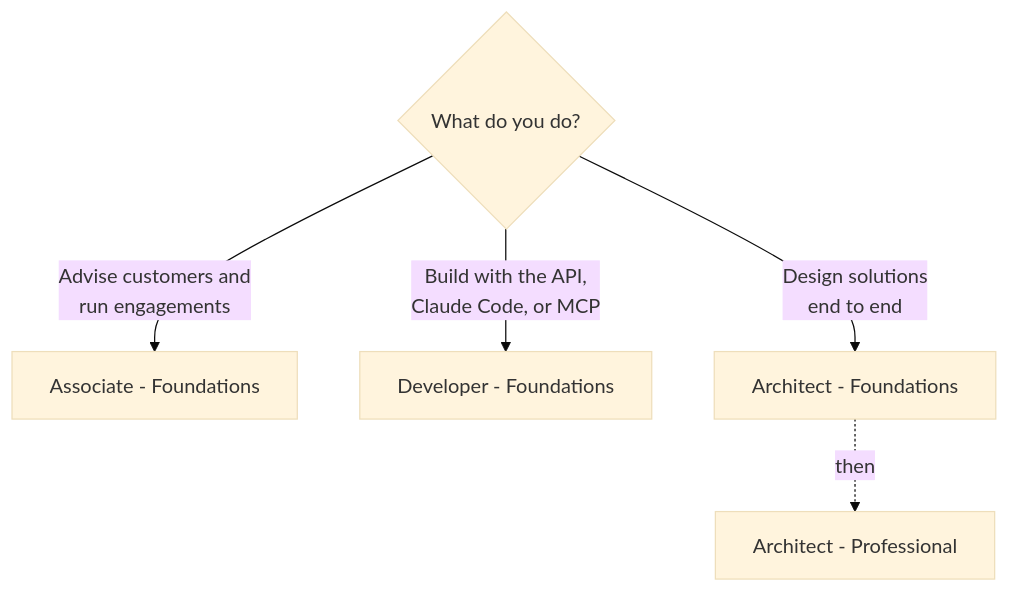
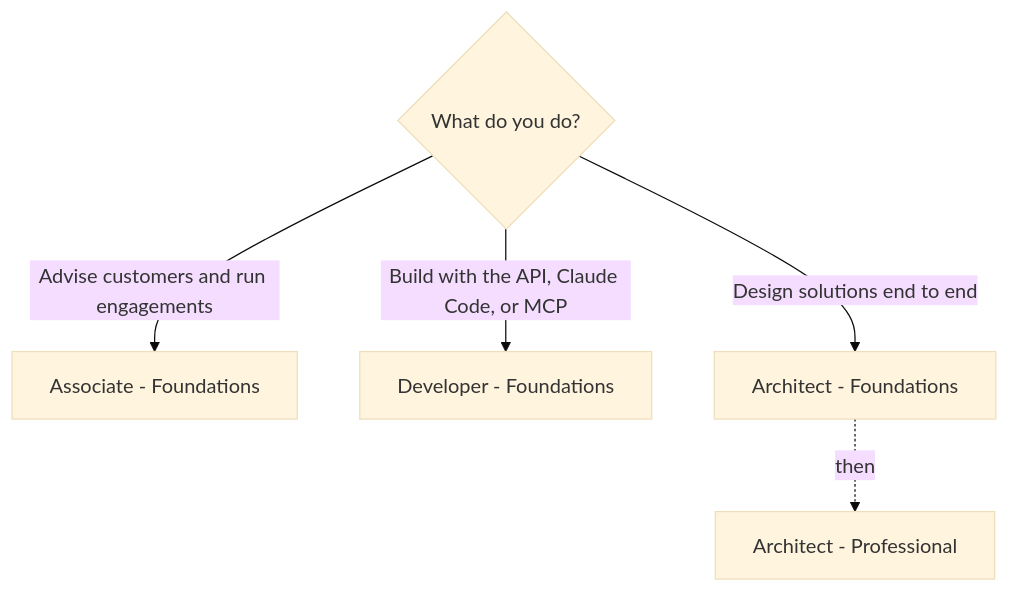
One commit to Amey-Thakur/CLAUDE-CERTIFICATIONS changed the diagram in .github/pages/index.md. Above: the diagram before and after it, drawn with Mermaid (base theme). The commit also changed 3 other files, not shown here.

````diff
--- a/.github/pages/index.md
+++ b/.github/pages/index.md
@@ -30,11 +30,8 @@
 ```mermaid
 flowchart TD
     Q{What do you do?}
-    Q -->|Advise customers and
-run engagements| A[Associate - Foundations]
-    Q -->|Build with the API,
-Claude Code, or MCP| D[Developer - Foundations]
-    Q -->|Design solutions
-end to end| RF[Architect - Foundations]
+    Q -->|Advise customers and run engagements| A[Associate - Foundations]
+    Q -->|Build with the API, Claude Code, or MCP| D[Developer - Foundations]
+    Q -->|Design solutions end to end| RF[Architect - Foundations]
     RF -. then .-> RP[Architect - Professional]
 ```
````
